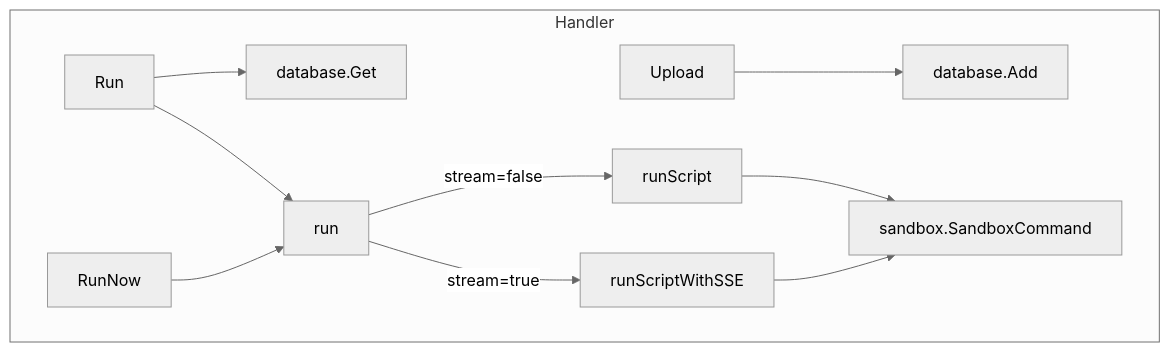
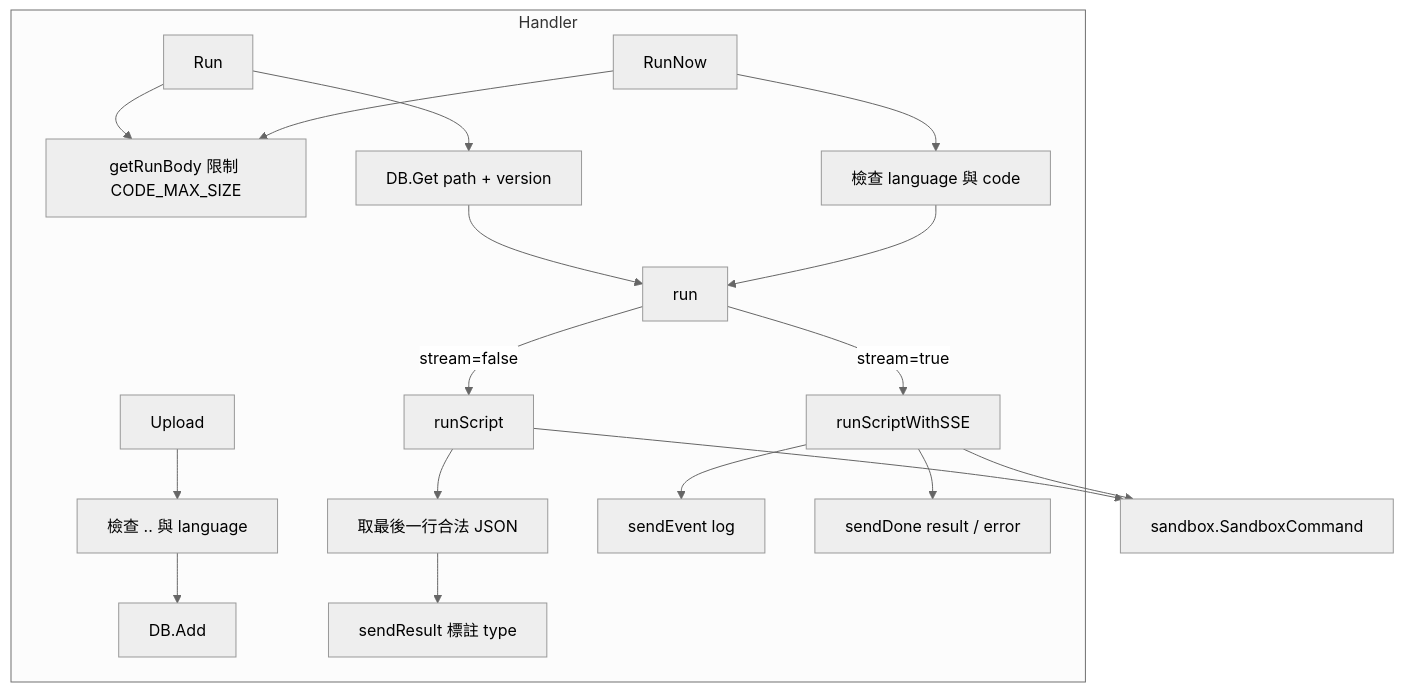
The fourth of 10 diagrams in doc/architecture.zh.md (pardnchiu/HakoRun), drawn with Mermaid (neutral theme) before and after one commit. The commit also changed other lines of this file and 17 other files, not shown here.

````diff
--- a/doc/architecture.zh.md
+++ b/doc/architecture.zh.md
@@ -38,13 +71,21 @@
 ```mermaid
 graph TB
     subgraph Handler
-        Upload[Upload] --> DBAdd[database.Add]
-        Run[Run] --> DBGet[database.Get]
-        Run --> RunCore[run]
-        RunNow[RunNow] --> RunCore
-        RunCore -->|stream=false| RunScript[runScript]
-        RunCore -->|stream=true| RunSSE[runScriptWithSSE]
-        RunScript --> SandboxCmd[sandbox.SandboxCommand]
-        RunSSE --> SandboxCmd
+        Upload[Upload] --> Validate[檢查 .. 與 language]
+        Validate --> Add[DB.Add]
+        Run[Run] --> Body[getRunBody 限制 CODE_MAX_SIZE]
+        RunNow[RunNow] --> Body
+        Run --> Get[DB.Get path + version]
+        RunNow --> Check[檢查 language 與 code]
+        Get --> Core[run]
+        Check --> Core
+        Core -->|stream=false| RunScript[runScript]
+        Core -->|stream=true| RunSSE[runScriptWithSSE]
+        RunScript --> Pick[取最後一行合法 JSON]
+        Pick --> Result[sendResult 標註 type]
+        RunSSE --> Event[sendEvent log]
+        RunSSE --> Done[sendDone result / error]
     end
+    RunScript --> Cmd[sandbox.SandboxCommand]
+    RunSSE --> Cmd
 ```
````
